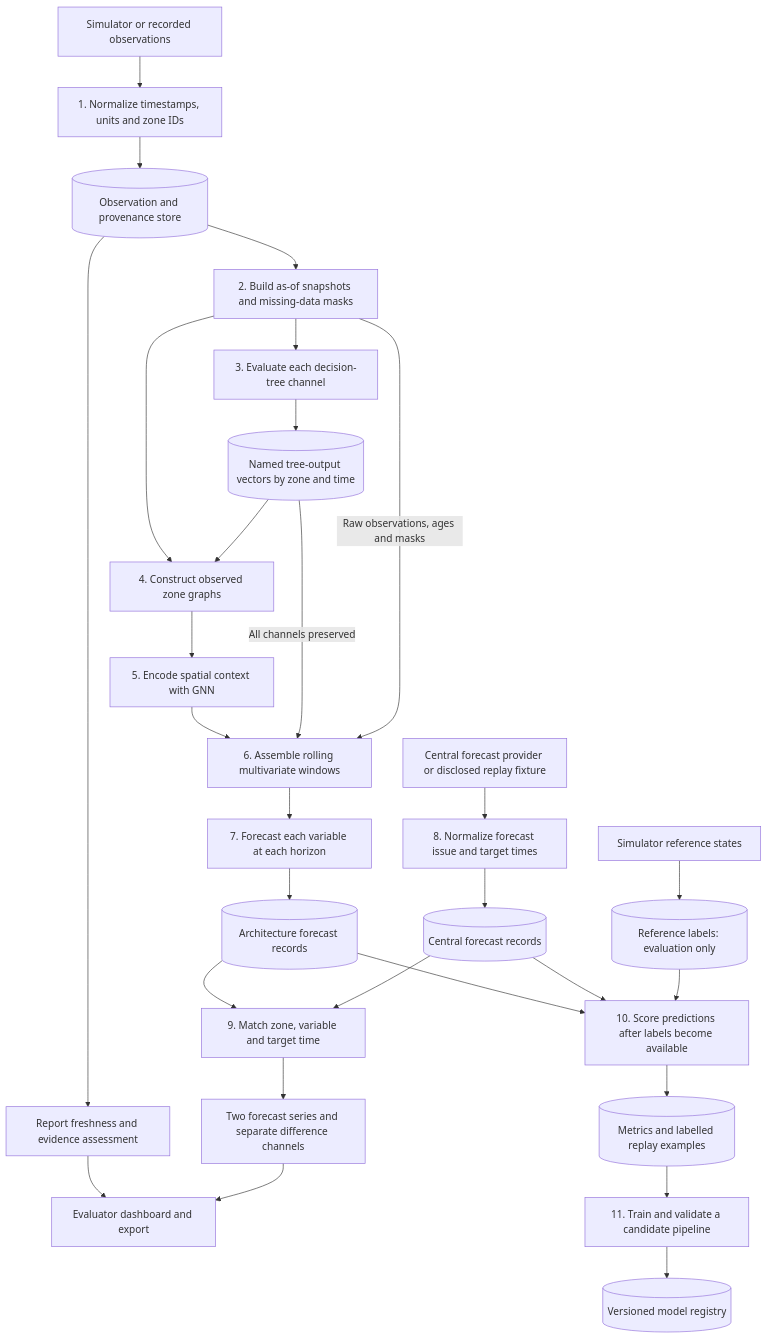
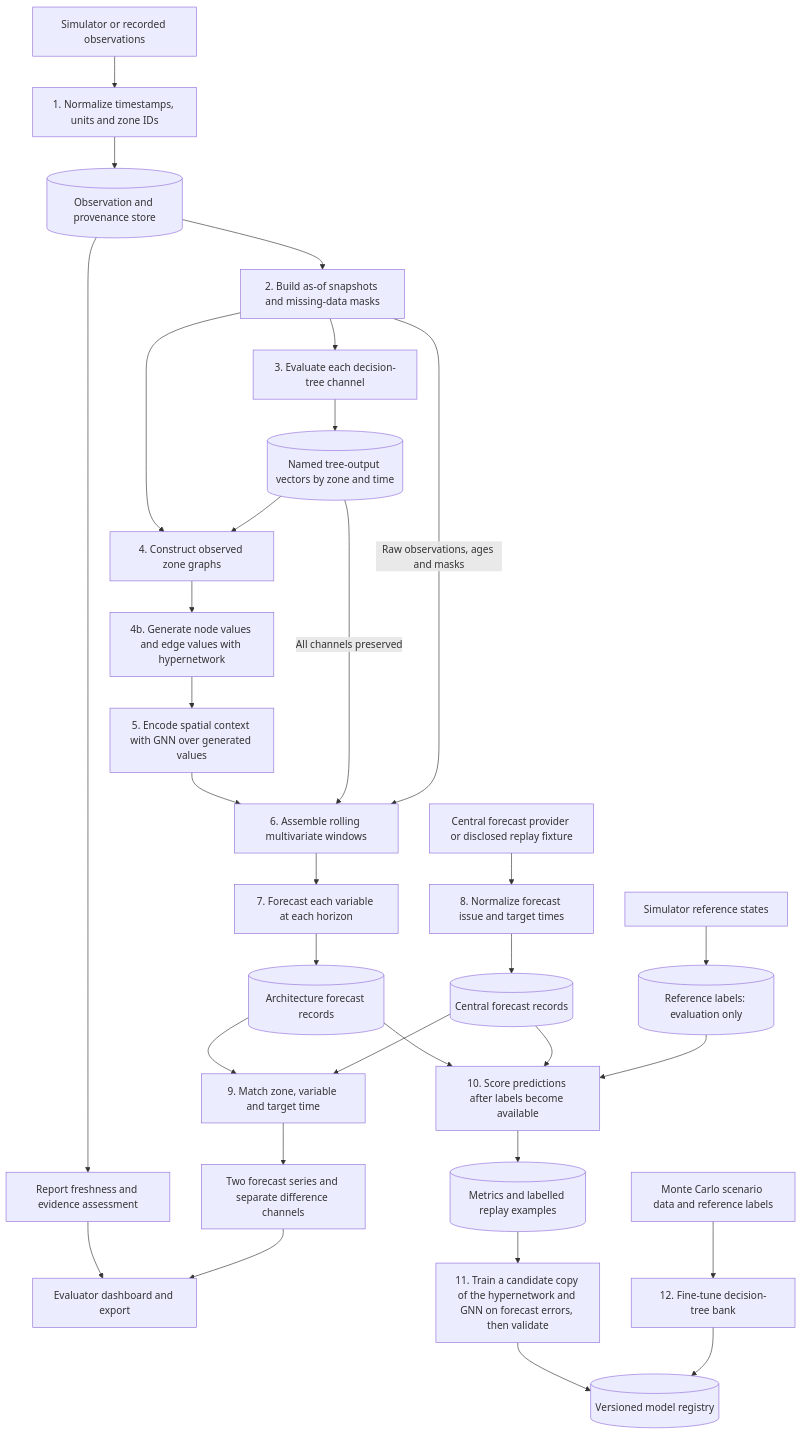
Before and after one commit to sairishigangarapu/Event_Horizon: the second of 3 diagrams in docs/ARCHITECTURE.md, drawn with Mermaid. The commit also changed other lines of this file and 16 other files, not shown here.

First line of the commit message:
feat: add graph hypernetwork generating GNN node/edge values; document update paths

````diff
--- a/docs/ARCHITECTURE.md
+++ b/docs/ARCHITECTURE.md
@@ -172,33 +186,36 @@
 ```mermaid
 flowchart TD
     S["Simulator or recorded observations"] --> P1["1. Normalize timestamps, units and zone IDs"]
     P1 --> D1[("Observation and provenance store")]
     D1 --> P2["2. Build as-of snapshots and missing-data masks"]
     P2 --> P3["3. Evaluate each decision-tree channel"]
     P3 --> D2[("Named tree-output vectors by zone and time")]
     P2 --> P4["4. Construct observed zone graphs"]
     D2 --> P4
-    P4 --> P5["5. Encode spatial context with GNN"]
+    P4 --> PH["4b. Generate node values and edge values with hypernetwork"]
+    PH --> P5["5. Encode spatial context with GNN over generated values"]
     P5 --> P6["6. Assemble rolling multivariate windows"]
     D2 -->|"All channels preserved"| P6
     P2 -->|"Raw observations, ages and masks"| P6
     P6 --> P7["7. Forecast each variable at each horizon"]
     P7 --> D3[("Architecture forecast records")]
 
     C["Central forecast provider or disclosed replay fixture"] --> P8["8. Normalize forecast issue and target times"]
     P8 --> D4[("Central forecast records")]
     D3 --> P9["9. Match zone, variable and target time"]
     D4 --> P9
     P9 --> OUT["Two forecast series and separate difference channels"]
     D1 --> R["Report freshness and evidence assessment"]
     R --> VIEW["Evaluator dashboard and export"]
     OUT --> VIEW
 
     T["Simulator reference states"] --> D5[("Reference labels: evaluation only")]
     D3 --> P10["10. Score predictions after labels become available"]
     D4 --> P10
     D5 --> P10
     P10 --> D6[("Metrics and labelled replay examples")]
-    D6 --> P11["11. Train and validate a candidate pipeline"]
+    D6 --> P11["11. Train a candidate copy of the hypernetwork and GNN on forecast errors, then validate"]
     P11 --> D7[("Versioned model registry")]
+    MCD["Monte Carlo scenario data and reference labels"] --> P12["12. Fine-tune decision-tree bank"]
+    P12 --> D7
 ```
````
